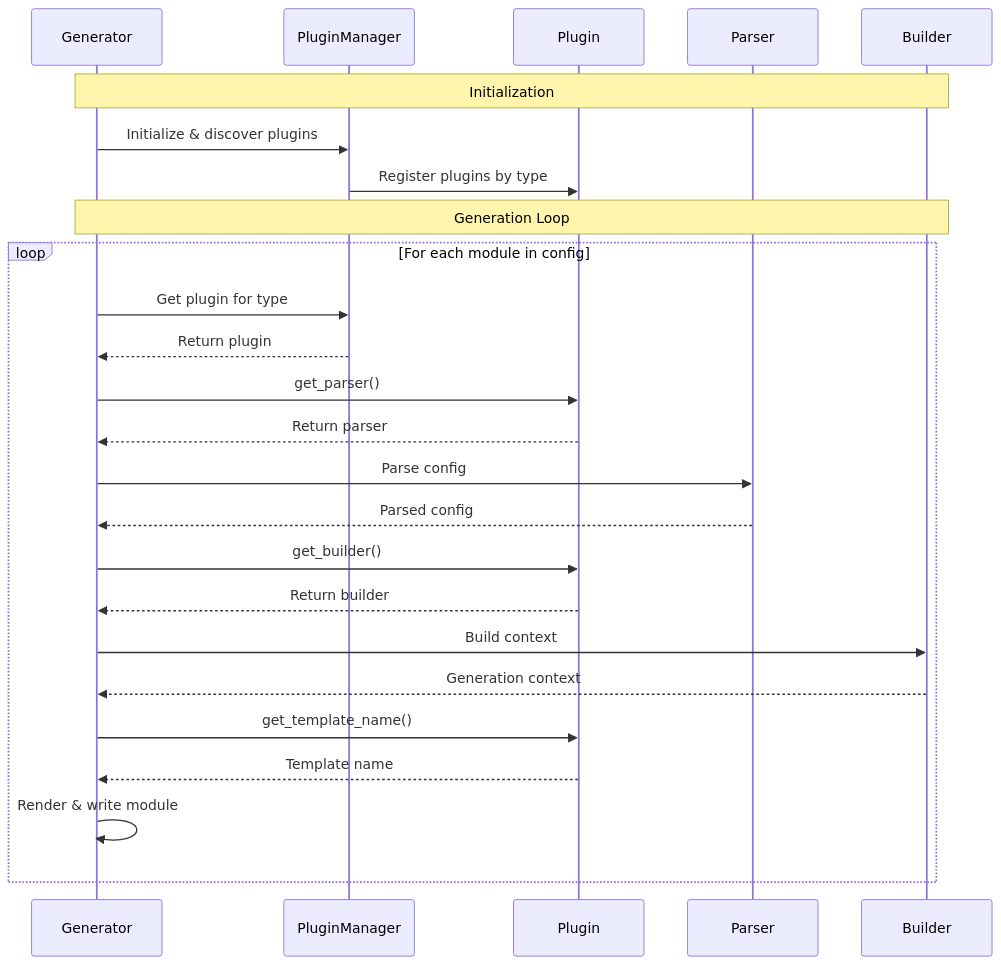
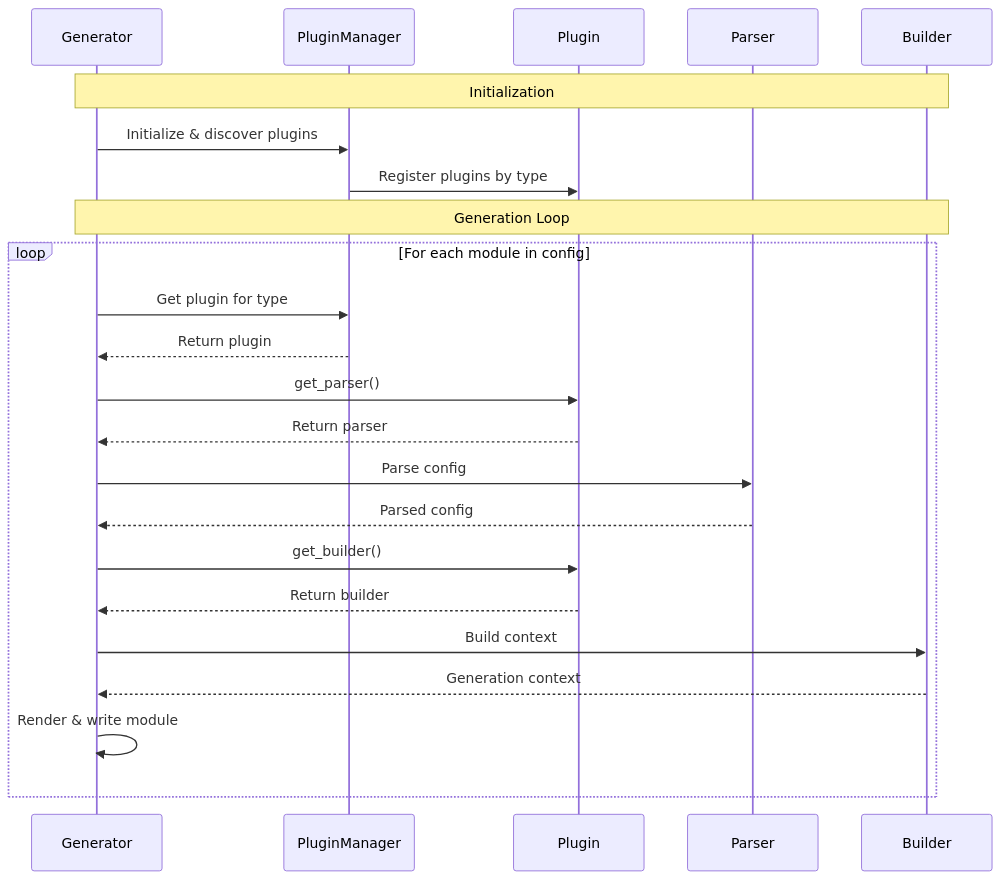
Before and after one commit to waldur/ansible-waldur-generator: the second of 2 diagrams in README.md, drawn with Mermaid. The commit also changed other lines of this file and 8 other files, not shown here.

````diff
--- a/README.md
+++ b/README.md
@@ -140,32 +140,30 @@
 ```mermaid
 sequenceDiagram
     participant Generator
     participant PluginManager
     participant Plugin
     participant Parser
     participant Builder
 
     Note over Generator, Builder: Initialization
     Generator->>PluginManager: Initialize & discover plugins
     PluginManager->>Plugin: Register plugins by type
 
     Note over Generator, Builder: Generation Loop
     loop For each module in config
         Generator->>PluginManager: Get plugin for type
         PluginManager-->>Generator: Return plugin
 
         Generator->>Plugin: get_parser()
         Plugin-->>Generator: Return parser
         Generator->>Parser: Parse config
         Parser-->>Generator: Parsed config
 
         Generator->>Plugin: get_builder()
         Plugin-->>Generator: Return builder
         Generator->>Builder: Build context
         Builder-->>Generator: Generation context
 
-        Generator->>Plugin: get_template_name()
-        Plugin-->>Generator: Template name
         Generator->>Generator: Render & write module
     end
 ```
````
